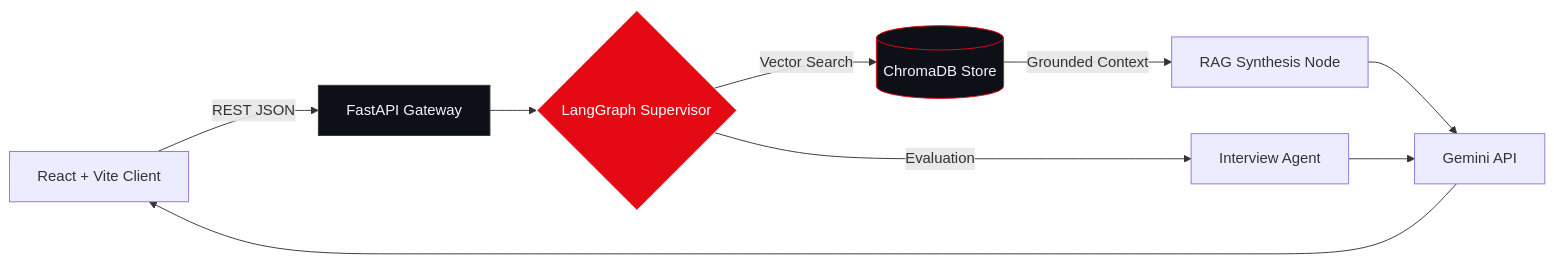
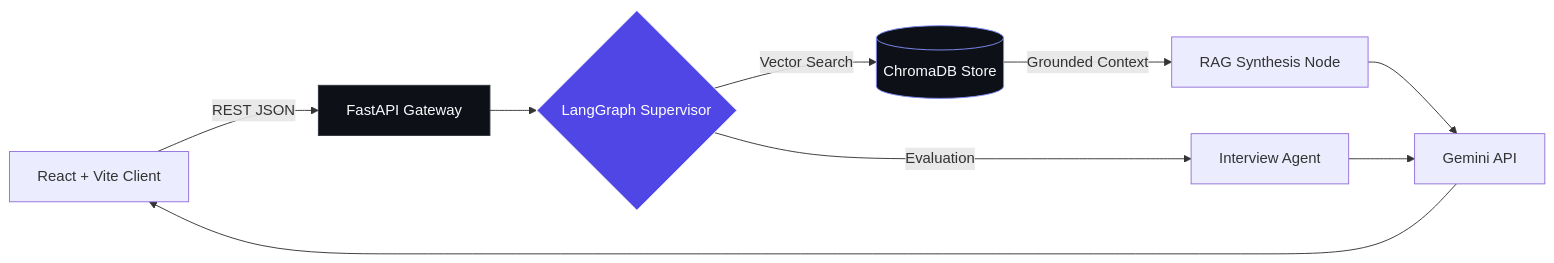
Before and after one commit to harsh24239/harsh24239: the diagram in README.md, drawn with Mermaid. The commit also changed other lines of this file, not shown here.

````diff
--- a/README.md
+++ b/README.md
@@ -91,14 +91,14 @@
 ```mermaid
 flowchart LR
     UI["React + Vite Client"] -->|REST JSON| API["FastAPI Gateway"]
     API --> SUP{"LangGraph Supervisor"}
     SUP -->|Vector Search| VDB[("ChromaDB Store")]
     VDB -->|Grounded Context| RAG["RAG Synthesis Node"]
     SUP -->|Evaluation| INT["Interview Agent"]
     RAG --> LLM["Gemini API"]
     INT --> LLM
     LLM --> UI
-    style SUP fill:#E50914,stroke:#F0F6FC,color:#FFFFFF
-    style API fill:#0D1117,stroke:#30363D,color:#F0F6FC
-    style VDB fill:#0D1117,stroke:#E50914,color:#F0F6FC
+    style SUP fill:#4F46E5,stroke:#F8FAFC,color:#FFFFFF
+    style API fill:#0D1117,stroke:#30363D,color:#F8FAFC
+    style VDB fill:#0D1117,stroke:#818CF8,color:#F8FAFC
 ```
````
